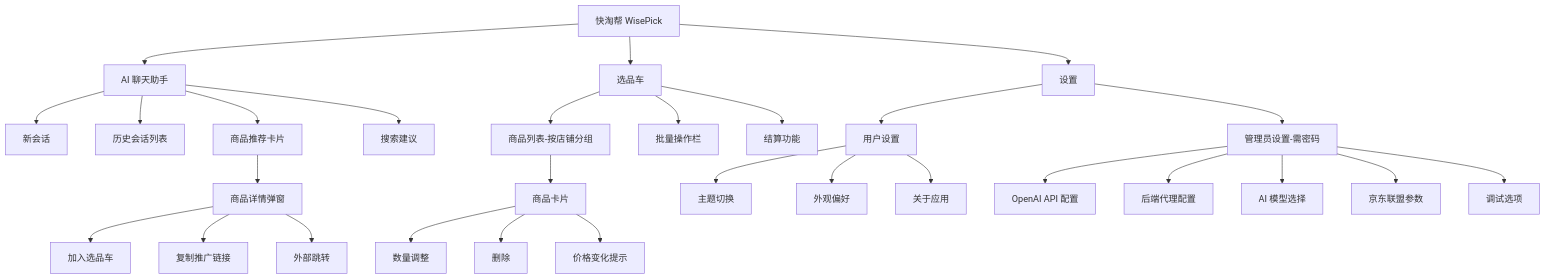
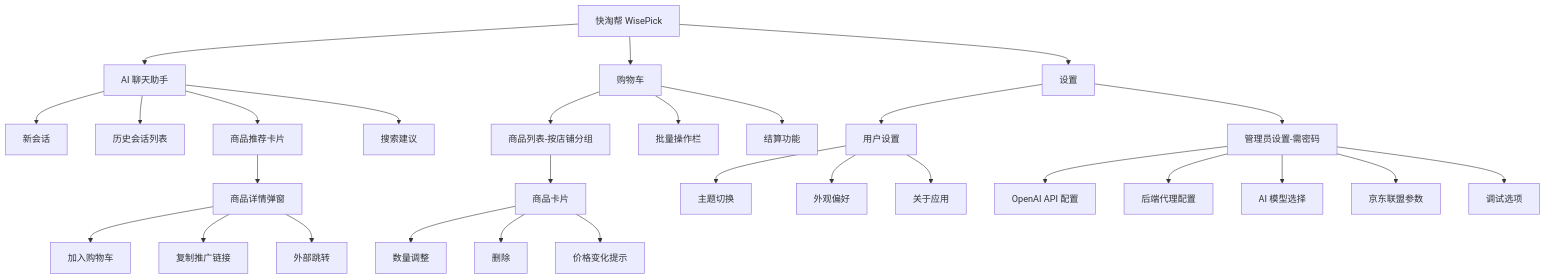
One commit to chyinan/WisePick changed the first of 4 diagrams in docs/front-end-spec.md. Above: the diagram before and after it, drawn with Mermaid. The commit also changed other lines of this file and 65 other files, not shown here.

Commit message:
refactor: rename "选品车" to "购物车" across documentation and codebase, update server port to 9527, and add cached_network_image dependency for improved image handling

````diff
--- a/docs/front-end-spec.md
+++ b/docs/front-end-spec.md
@@ -111,38 +111,38 @@
 ```mermaid
 graph TD
     A[快淘帮 WisePick] --> B[AI 聊天助手]
-    A --> C[选品车]
+    A --> C[购物车]
     A --> D[设置]
     
     B --> B1[新会话]
     B --> B2[历史会话列表]
     B --> B3[商品推荐卡片]
     B --> B4[搜索建议]
     
     B3 --> B3a[商品详情弹窗]
-    B3a --> B3a1[加入选品车]
+    B3a --> B3a1[加入购物车]
     B3a --> B3a2[复制推广链接]
     B3a --> B3a3[外部跳转]
     
     C --> C1[商品列表-按店铺分组]
     C --> C2[批量操作栏]
     C --> C3[结算功能]
     
     C1 --> C1a[商品卡片]
     C1a --> C1a1[数量调整]
     C1a --> C1a2[删除]
     C1a --> C1a3[价格变化提示]
     
     D --> D1[用户设置]
     D --> D2[管理员设置-需密码]
     
     D1 --> D1a[主题切换]
     D1 --> D1b[外观偏好]
     D1 --> D1c[关于应用]
     
     D2 --> D2a[OpenAI API 配置]
     D2 --> D2b[后端代理配置]
     D2 --> D2c[AI 模型选择]
     D2 --> D2d[京东联盟参数]
     D2 --> D2e[调试选项]
 ```
````
